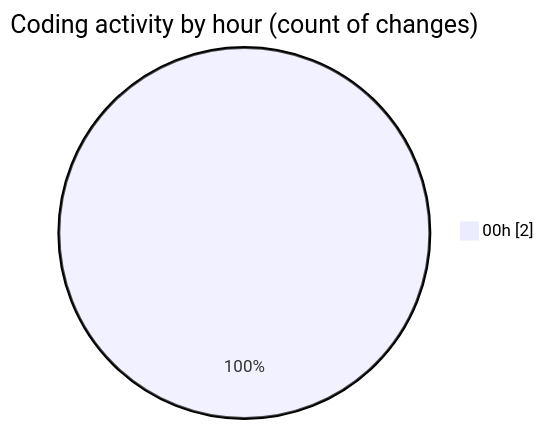
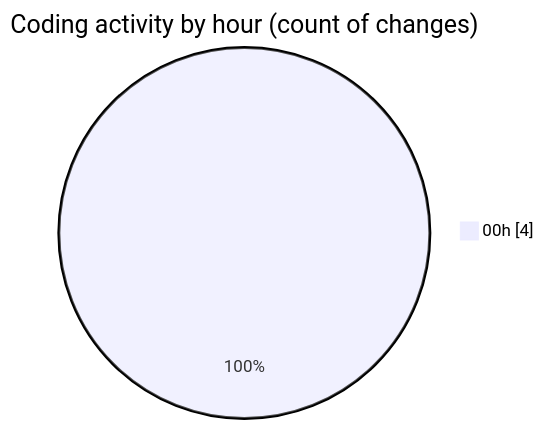
The second of 2 diagrams in 2025-05-20/fixme24/README.md (FixMe24/code-tracking), drawn with Mermaid before and after one commit. The commit also changed other lines of this file and 1 other file, not shown here.

````diff
--- a/2025-05-20/fixme24/README.md
+++ b/2025-05-20/fixme24/README.md
@@ -30,5 +31,5 @@
 ```mermaid
 pie showData
 title Coding activity by hour (count of changes)
-"00h" : 2
+"00h" : 4
 ```
````
